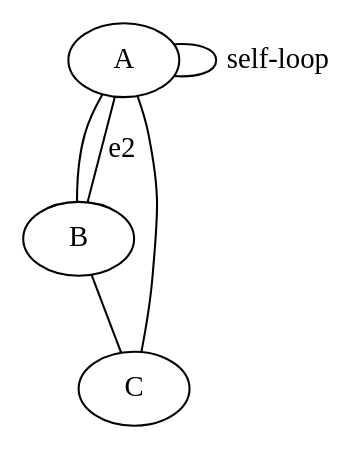
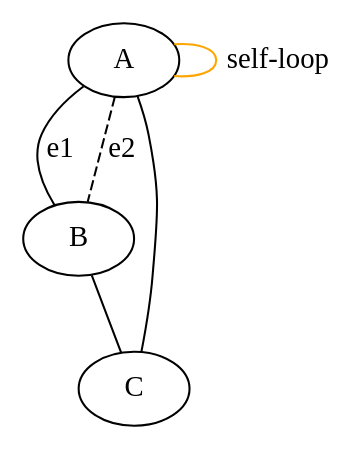
Before and after one commit to DhruvDh/itsc-2214-readings: the ninth of 24 diagrams in 21_graphs.qmd, drawn with Graphviz. The commit also changed other lines of this file and 18 other files, not shown here.

Commit message:
improved graphs chapter

````diff
--- a/21_graphs.qmd
+++ b/21_graphs.qmd
@@ -138,11 +174,11 @@
 ```{dot}
 //| label: fig-simple-vs-multigraph-2
-//| fig-cap: Example of a multigraph.
+//| fig-cap: Example of a multigraph. Vertex A is connected to vertex B through two edges (a solid and a dashed line) and to itself via a self-loop (in orange).
 graph G {
-  A -- B;
-  A -- B [label="e2"];
+  A -- B [label="e1"];
+  A -- B [style=dashed, label="e2"];
   B -- C;
   C -- A;
-  A -- A [label="self-loop"];
+  A -- A [color=orange, label="self-loop"];
 }
 ```
````
